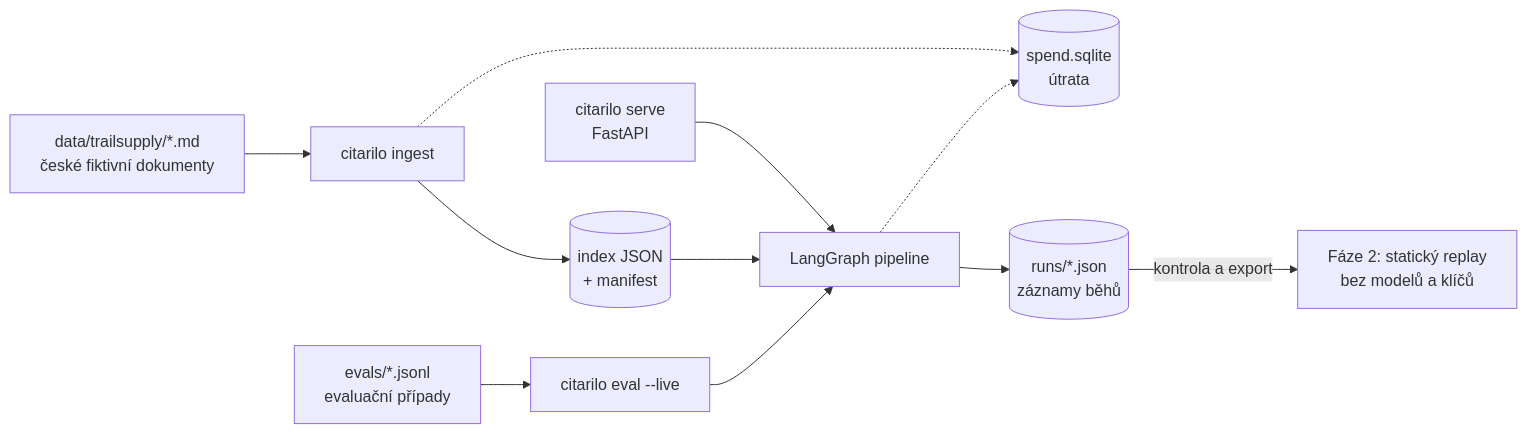
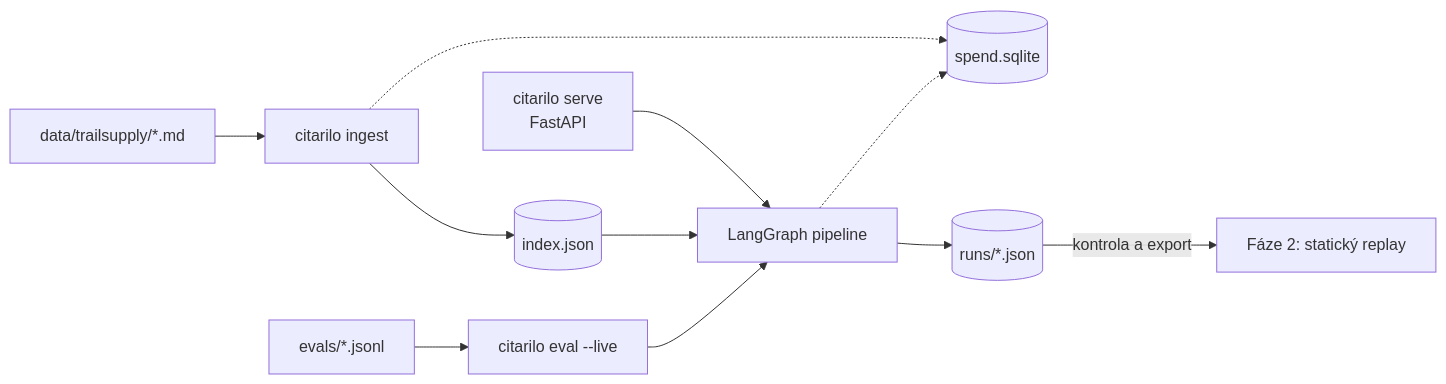
The second of 2 diagrams in docs/architecture.md (podstawkamartin/Citarilo), drawn with Mermaid before and after one commit. The commit also changed other lines of this file, not shown here.

Commit message:
Tighten architecture after final validation

````diff
--- a/docs/architecture.md
+++ b/docs/architecture.md
@@ -44,12 +41,11 @@
 ```mermaid
 flowchart LR
-    D["data/trailsupply/*.md<br/>české fiktivní dokumenty"] --> ING["citarilo ingest"]
-    ING --> I[("index JSON<br/>+ manifest")]
+    D["data/trailsupply/*.md"] --> ING["citarilo ingest"] --> I[("index.json")]
     API["citarilo serve<br/>FastAPI"] --> P["LangGraph pipeline"]
-    CASES["evals/*.jsonl<br/>evaluační případy"] --> EV["citarilo eval --live"] --> P
+    CASES["evals/*.jsonl"] --> EV["citarilo eval --live"] --> P
     I --> P
-    P --> RUNS[("runs/*.json<br/>záznamy běhů")]
-    ING -.-> L[("spend.sqlite<br/>útrata")]
+    P --> RUNS[("runs/*.json")]
+    ING -.-> L[("spend.sqlite")]
     P -.-> L
-    RUNS -->|kontrola a export| RP["Fáze 2: statický replay<br/>bez modelů a klíčů"]
+    RUNS -->|kontrola a export| RP["Fáze 2: statický replay"]
 ```
````
